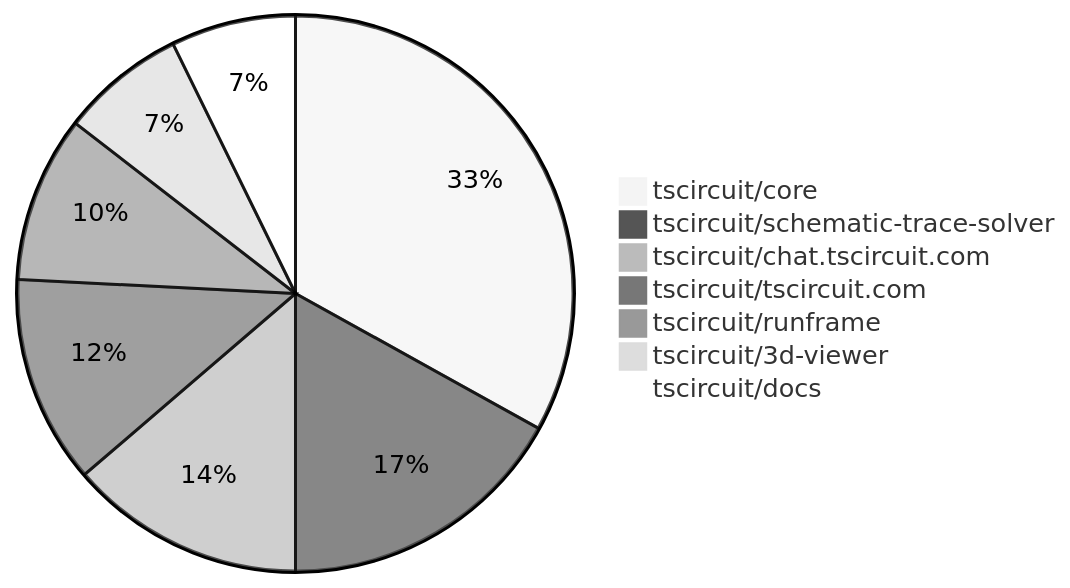
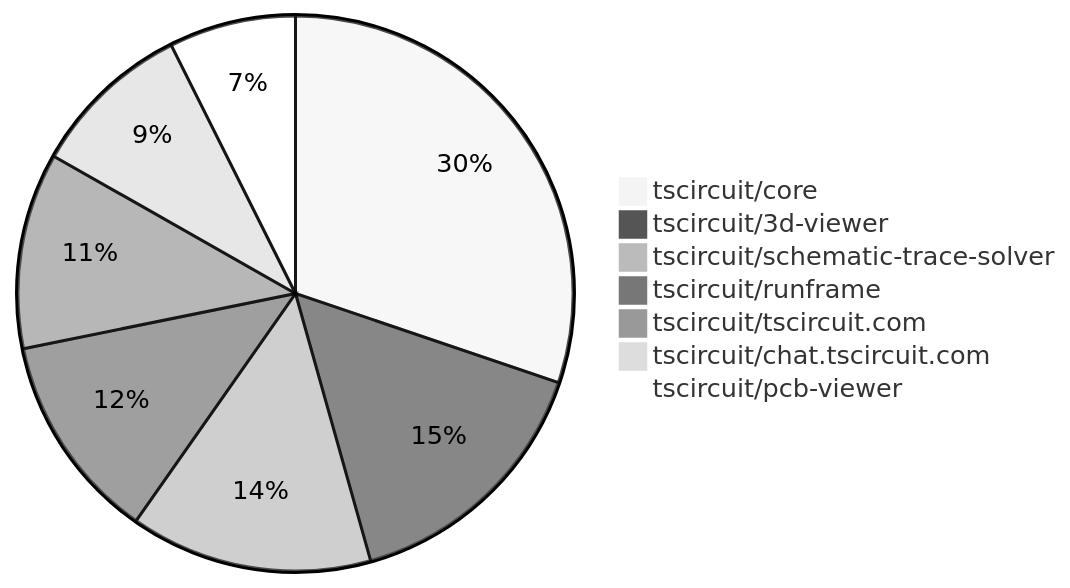
The second of 2 diagrams in README.md (tscircuit/contribution-tracker), drawn with Mermaid (neutral theme) before and after one commit. The commit also changed other lines of this file and 3 other files, not shown here.

````diff
--- a/README.md
+++ b/README.md
@@ -106,10 +110,10 @@
 ```mermaid
 pie
-    "tscircuit/core" : 41
+    "tscircuit/core" : 45
+    "tscircuit/3d-viewer" : 23
     "tscircuit/schematic-trace-solver" : 21
-    "tscircuit/chat.tscircuit.com" : 17
-    "tscircuit/tscircuit.com" : 15
-    "tscircuit/runframe" : 12
-    "tscircuit/3d-viewer" : 9
-    "tscircuit/docs" : 9
+    "tscircuit/runframe" : 18
+    "tscircuit/tscircuit.com" : 17
+    "tscircuit/chat.tscircuit.com" : 14
+    "tscircuit/pcb-viewer" : 11
 ```
````
